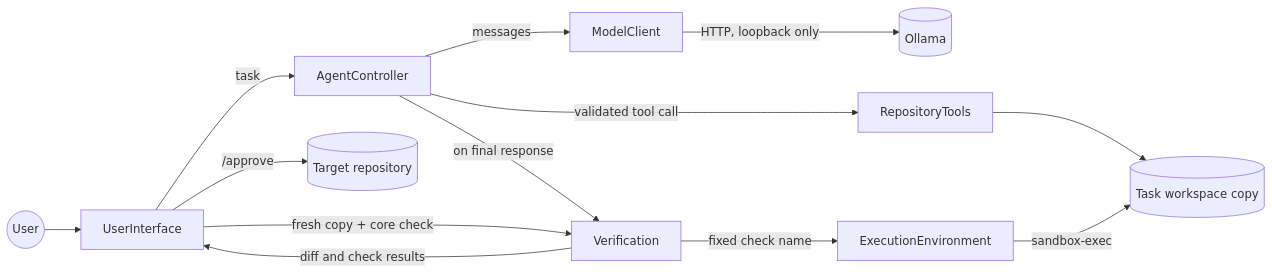
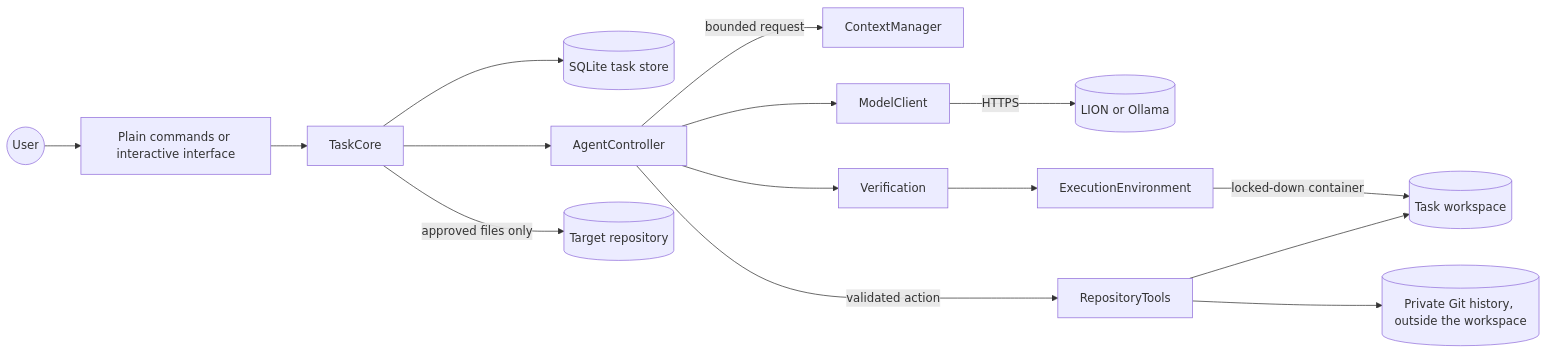
One commit to d-zangerl/semester-project changed the first of 3 diagrams in README.md. Above: the diagram before and after it, drawn with Mermaid. The commit also changed other lines of this file, not shown here.

````diff
--- a/README.md
+++ b/README.md
@@ -85,15 +71,17 @@
 ```mermaid
 flowchart LR
-  User((User)) --> UI[UserInterface]
-  UI -->|task| AC[AgentController]
-  AC -->|messages| MC[ModelClient]
-  MC -->|HTTP, loopback only| OL[(Ollama)]
-  AC -->|validated tool call| RT[RepositoryTools]
-  RT --> W[(Task workspace copy)]
-  AC -->|on final response| V[Verification]
-  V -->|fixed check name| EE[ExecutionEnvironment]
-  EE -->|sandbox-exec| W
-  V -->|diff and check results| UI
-  UI -->|/approve| T[(Target repository)]
-  UI -->|fresh copy + core check| V
+  User((User)) --> UI[Plain commands or interactive interface]
+  UI --> Core[TaskCore]
+  Core --> Store[(SQLite task store)]
+  Core --> AC[AgentController]
+  AC -->|bounded request| CM[ContextManager]
+  AC --> MC[ModelClient]
+  MC -->|HTTPS| LION[(LION or Ollama)]
+  AC -->|validated action| RT[RepositoryTools]
+  RT --> W[(Task workspace)]
+  RT --> G[(Private Git history, outside the workspace)]
+  AC --> V[Verification]
+  V --> EE[ExecutionEnvironment]
+  EE -->|locked-down container| W
+  Core -->|approved files only| T[(Target repository)]
 ```
````
